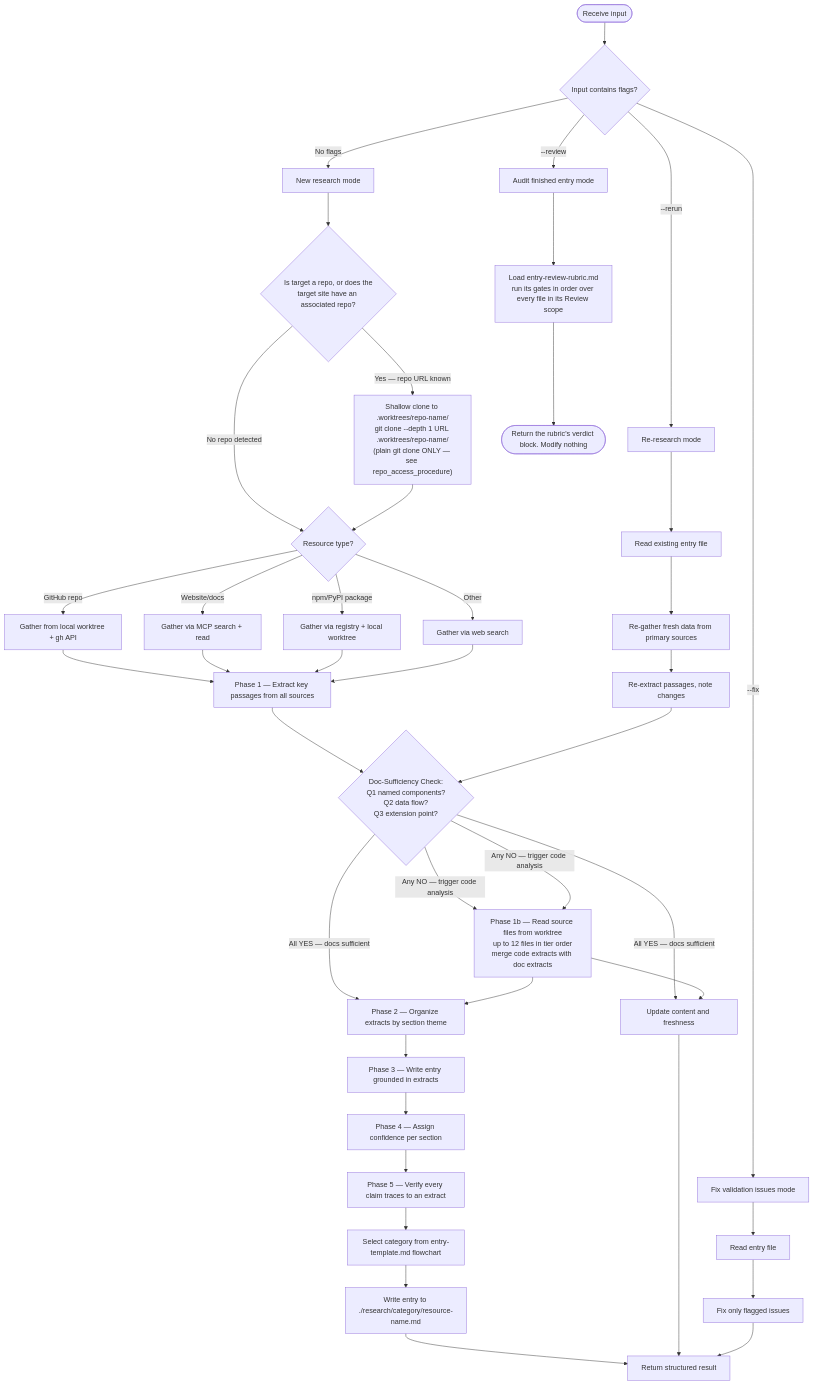
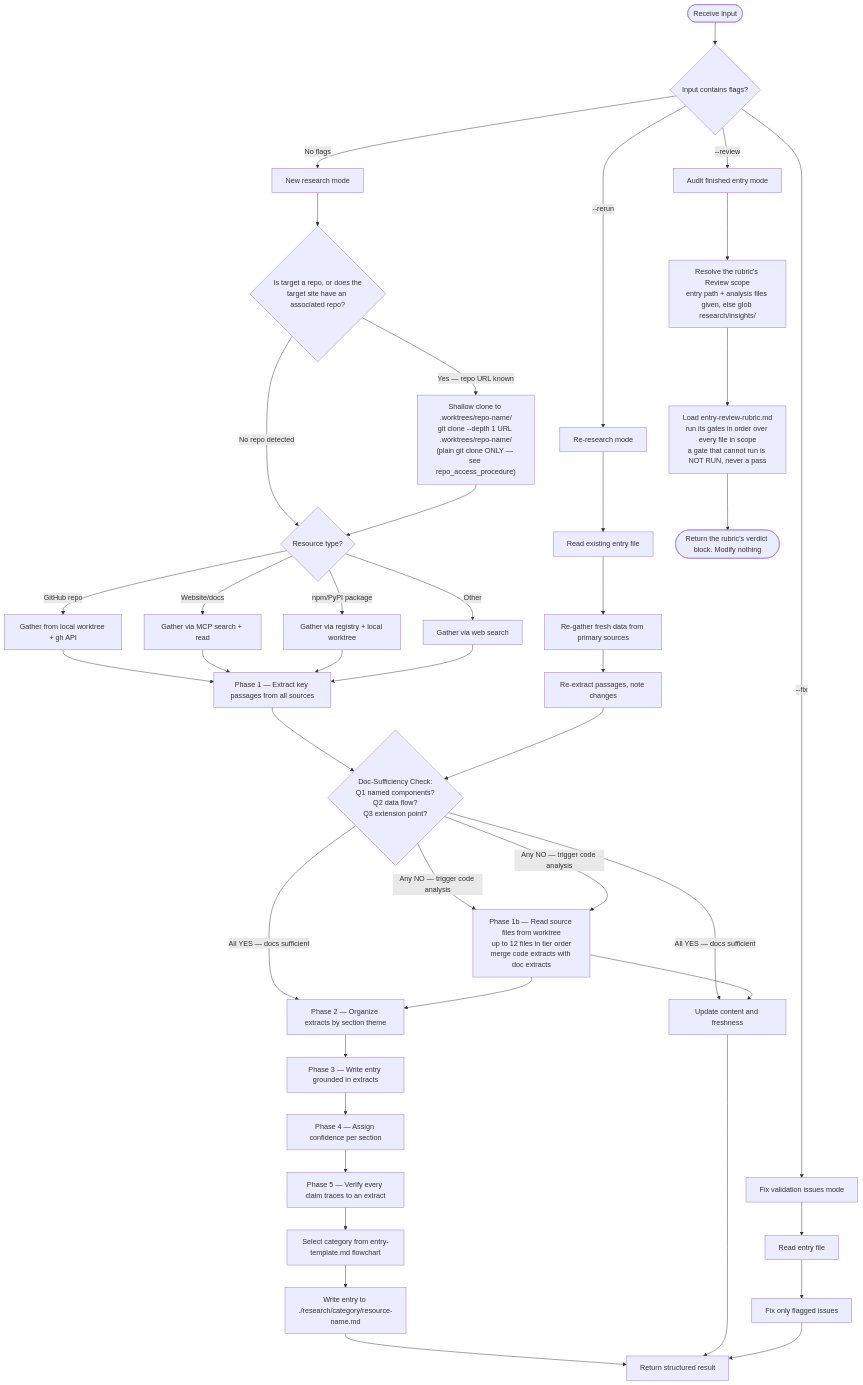
One commit to Jamie-BitFlight/claude_skills changed the first of 2 diagrams in .claude/agents/research-curator.md. Above: the diagram before and after it, drawn with Mermaid. The commit also changed other lines of this file and 2 other files, not shown here.

First line of the commit message:
fix(research-curator): repair reciprocity before review, and close six contract gaps

````diff
--- a/.claude/agents/research-curator.md
+++ b/.claude/agents/research-curator.md
@@ -24,50 +24,51 @@
 ```mermaid
 flowchart TD
     Start([Receive input]) --> CheckFlags{Input contains flags?}
     CheckFlags -->|--rerun| Rerun[Re-research mode]
     CheckFlags -->|--fix| Fix[Fix validation issues mode]
     CheckFlags -->|--review| Review[Audit finished entry mode]
     CheckFlags -->|No flags| New[New research mode]
 
     New --> DetectRepo{Is target a repo, or does the<br>target site have an associated repo?}
     DetectRepo -->|"Yes — repo URL known"| Clone["Shallow clone to .worktrees/repo-name/<br>git clone --depth 1 URL .worktrees/repo-name/<br>(plain git clone ONLY — see repo_access_procedure)"]
     DetectRepo -->|"No repo detected"| Identify{Resource type?}
     Clone --> Identify{Resource type?}
 
     Identify -->|GitHub repo| GH[Gather from local worktree + gh API]
     Identify -->|Website/docs| Web[Gather via MCP search + read]
     Identify -->|npm/PyPI package| Pkg[Gather via registry + local worktree]
     Identify -->|Other| Other[Gather via web search]
 
     GH --> Extract[Phase 1 — Extract key passages from all sources]
     Web --> Extract
     Pkg --> Extract
     Other --> Extract
 
     Extract --> DocCheck{Doc-Sufficiency Check:<br>Q1 named components?<br>Q2 data flow?<br>Q3 extension point?}
     DocCheck -->|"All YES — docs sufficient"| Organize[Phase 2 — Organize extracts by section theme]
     DocCheck -->|"Any NO — trigger code analysis"| Phase1b[Phase 1b — Read source files from worktree<br>up to 12 files in tier order<br>merge code extracts with doc extracts]
     Phase1b --> Organize
     Organize --> Write[Phase 3 — Write entry grounded in extracts]
     Write --> Confidence[Phase 4 — Assign confidence per section]
     Confidence --> Validate[Phase 5 — Verify every claim traces to an extract]
     Validate --> SelectCat[Select category from entry-template.md flowchart]
     SelectCat --> WriteFile[Write entry to ./research/category/resource-name.md]
     WriteFile --> Return[Return structured result]
 
     Rerun --> ReadExisting[Read existing entry file]
     ReadExisting --> ReGather[Re-gather fresh data from primary sources]
     ReGather --> ReExtract[Re-extract passages, note changes]
     ReExtract --> DocCheck
     DocCheck -->|"All YES — docs sufficient"| UpdateEntry[Update content and freshness]
     DocCheck -->|"Any NO — trigger code analysis"| Phase1b
     Phase1b --> UpdateEntry
     UpdateEntry --> Return
 
     Fix --> ReadEntry[Read entry file]
     ReadEntry --> FixIssues[Fix only flagged issues]
     FixIssues --> Return
 
-    Review --> LoadRubric["Load entry-review-rubric.md<br>run its gates in order over every file in its Review scope"]
+    Review --> Scope["Resolve the rubric's Review scope<br>entry path + analysis files given, else glob research/insights/"]
+    Scope --> LoadRubric["Load entry-review-rubric.md<br>run its gates in order over every file in scope<br>a gate that cannot run is NOT RUN, never a pass"]
     LoadRubric --> Verdict(["Return the rubric's verdict block. Modify nothing"])
 ```
````
